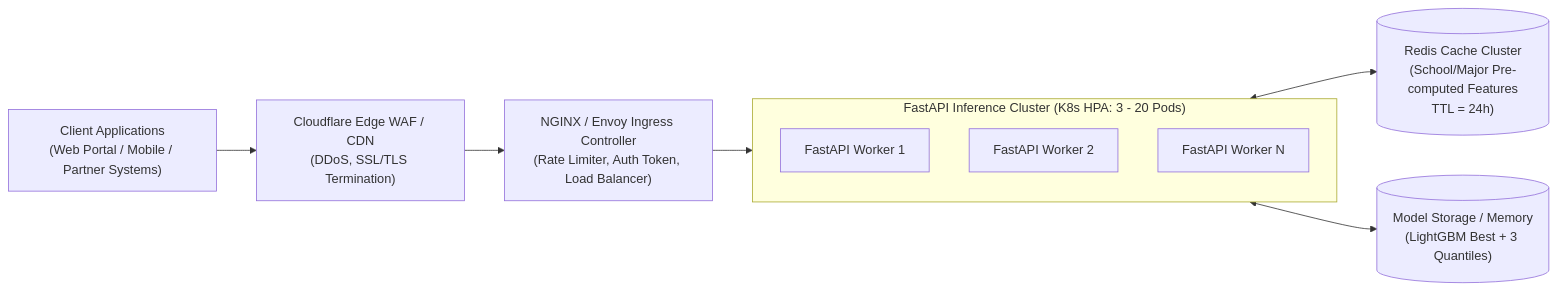
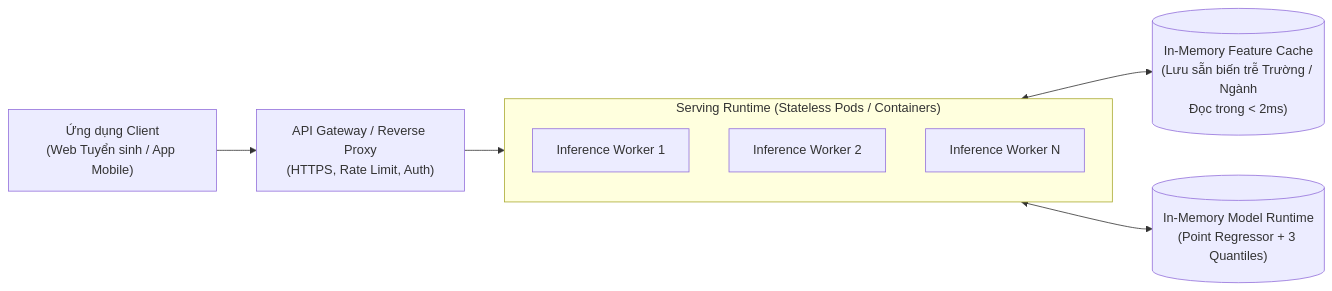
One commit to MinhQuan805/IS405.R11-Big-Data changed the sixth of 7 diagrams in docs/big-data-processing-implement-plan.md. Above: the diagram before and after it, drawn with Mermaid. The commit also changed other lines of this file, not shown here.

````diff
--- a/docs/big-data-processing-implement-plan.md
+++ b/docs/big-data-processing-implement-plan.md
@@ -523,19 +536,18 @@
 ```mermaid
 flowchart LR
-    CLIENT["Client Applications\n(Web Portal / Mobile / Partner Systems)"]
-    CF["Cloudflare Edge WAF / CDN\n(DDoS, SSL/TLS Termination)"]
-    INGRESS["NGINX / Envoy Ingress Controller\n(Rate Limiter, Auth Token, Load Balancer)"]
+    CLIENT["Ứng dụng Client\n(Web Tuyển sinh / App Mobile)"]
+    GW["API Gateway / Reverse Proxy\n(HTTPS, Rate Limit, Auth)"]
     
-    subgraph SERVING_PODS["FastAPI Inference Cluster (K8s HPA: 3 - 20 Pods)"]
-        F1["FastAPI Worker 1"]
-        F2["FastAPI Worker 2"]
-        F3["FastAPI Worker N"]
+    subgraph SERVING_INSTANCES["Serving Runtime (Stateless Pods / Containers)"]
+        S1["Inference Worker 1"]
+        S2["Inference Worker 2"]
+        S3["Inference Worker N"]
     end
     
-    REDIS[("Redis Cache Cluster\n(School/Major Pre-computed Features\nTTL = 24h)")]
-    MODEL_STORE[("Model Storage / Memory\n(LightGBM Best + 3 Quantiles)")]
+    CACHE[("In-Memory Feature Cache\n(Lưu sẵn biến trễ Trường / Ngành\nĐọc trong < 2ms)")]
+    MODEL_MEM[("In-Memory Model Runtime\n(Point Regressor + 3 Quantiles)")]
     
-    CLIENT --> CF --> INGRESS --> SERVING_PODS
-    SERVING_PODS <--> REDIS
-    SERVING_PODS <--> MODEL_STORE
+    CLIENT --> GW --> SERVING_INSTANCES
+    SERVING_INSTANCES <--> CACHE
+    SERVING_INSTANCES <--> MODEL_MEM
 ```
````
